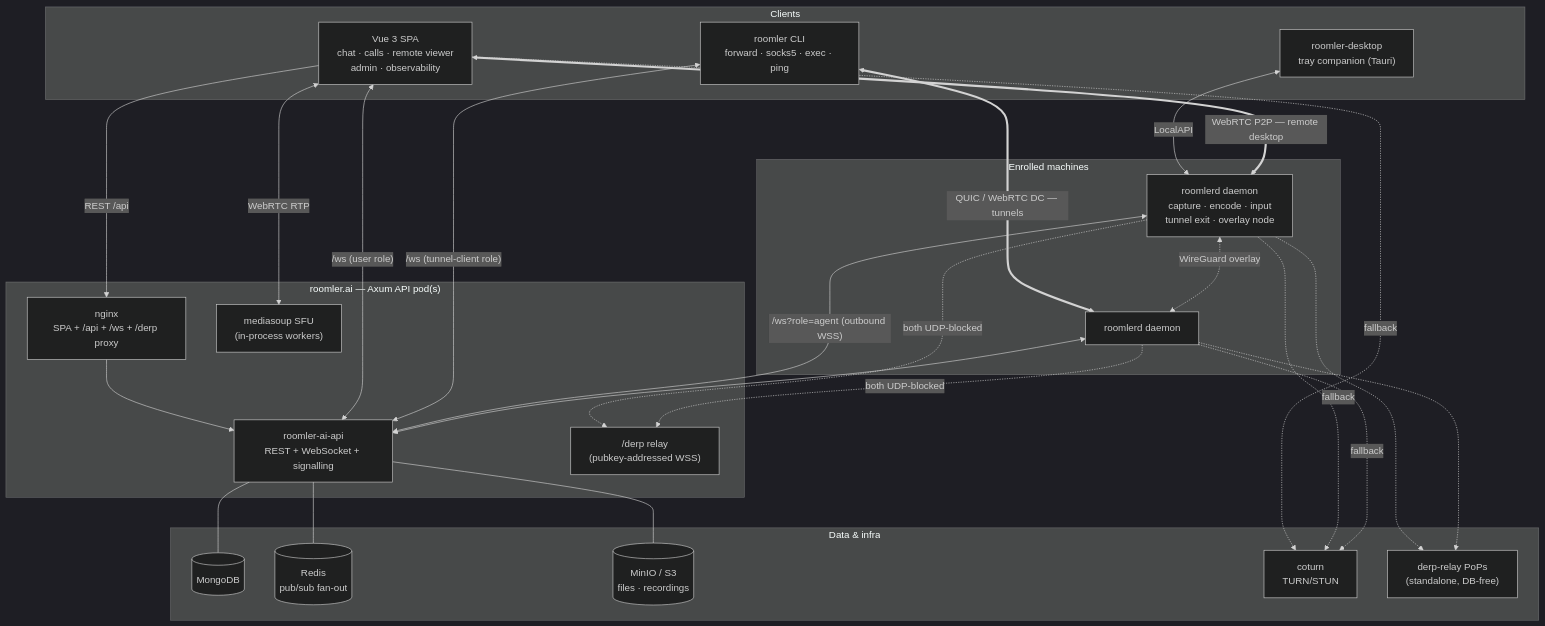
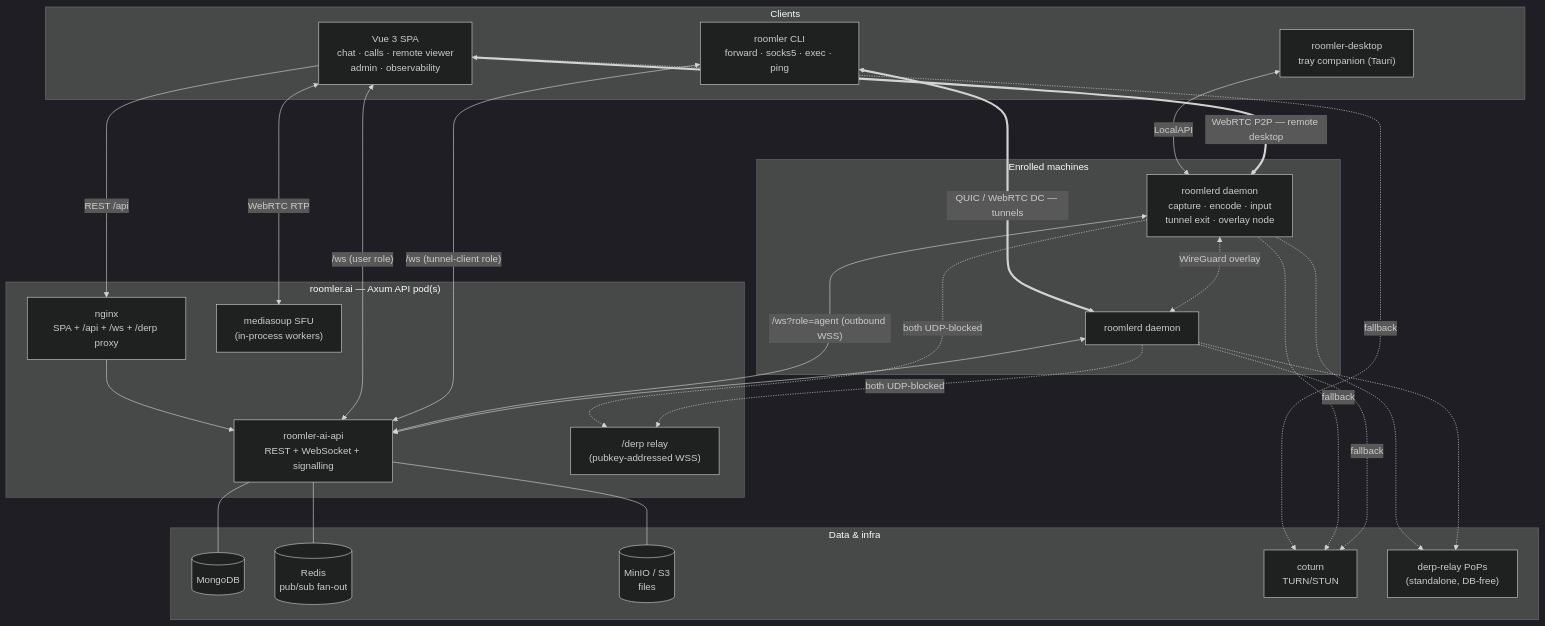
The first of 4 diagrams in docs/architecture.md (gjovanov/roomler-ai), drawn with Mermaid (dark theme) before and after one commit.

Commit message:
docs(architecture): the object store holds files, and no call recording
The system diagram's MinIO / S3 node said "files · recordings". Nothing
writes a call recording there, or anywhere (#4163).

Refs #4163

````diff
--- a/docs/architecture.md
+++ b/docs/architecture.md
@@ -10,43 +10,43 @@
 ```mermaid
 flowchart TB
     subgraph clients["Clients"]
         SPA["Vue 3 SPA<br/>chat · calls · remote viewer<br/>admin · observability"]
         CLI["roomler CLI<br/>forward · socks5 · exec · ping"]
         DESK["roomler-desktop<br/>tray companion (Tauri)"]
     end
 
     subgraph server["roomler.ai — Axum API pod(s)"]
         NG["nginx<br/>SPA + /api + /ws + /derp proxy"]
         API["roomler-ai-api<br/>REST + WebSocket + signalling"]
         SFU["mediasoup SFU<br/>(in-process workers)"]
         DERPD["/derp relay<br/>(pubkey-addressed WSS)"]
     end
 
     subgraph data["Data & infra"]
         MONGO[("MongoDB")]
         REDIS[("Redis<br/>pub/sub fan-out")]
-        S3[("MinIO / S3<br/>files · recordings")]
+        S3[("MinIO / S3<br/>files")]
         TURN["coturn<br/>TURN/STUN"]
         POP["derp-relay PoPs<br/>(standalone, DB-free)"]
     end
 
     subgraph fleet["Enrolled machines"]
         D1["roomlerd daemon<br/>capture · encode · input<br/>tunnel exit · overlay node"]
         D2["roomlerd daemon"]
     end
 
     SPA -->|REST /api| NG --> API
     SPA <-->|"/ws (user role)"| API
     SPA <-->|"WebRTC RTP"| SFU
     CLI <-->|"/ws (tunnel-client role)"| API
     DESK <-->|LocalAPI| D1
     D1 <-->|"/ws?role=agent (outbound WSS)"| API
     D2 <--> API
     API --- MONGO & REDIS & S3
     SPA <==>|"WebRTC P2P — remote desktop"| D1
     CLI <==>|"QUIC / WebRTC DC — tunnels"| D2
     D1 <-.->|"WireGuard overlay"| D2
     SPA & D1 & D2 -.->|fallback| TURN
     D1 & D2 -.->|"both UDP-blocked"| DERPD
     D1 & D2 -.-> POP
 ```
````
